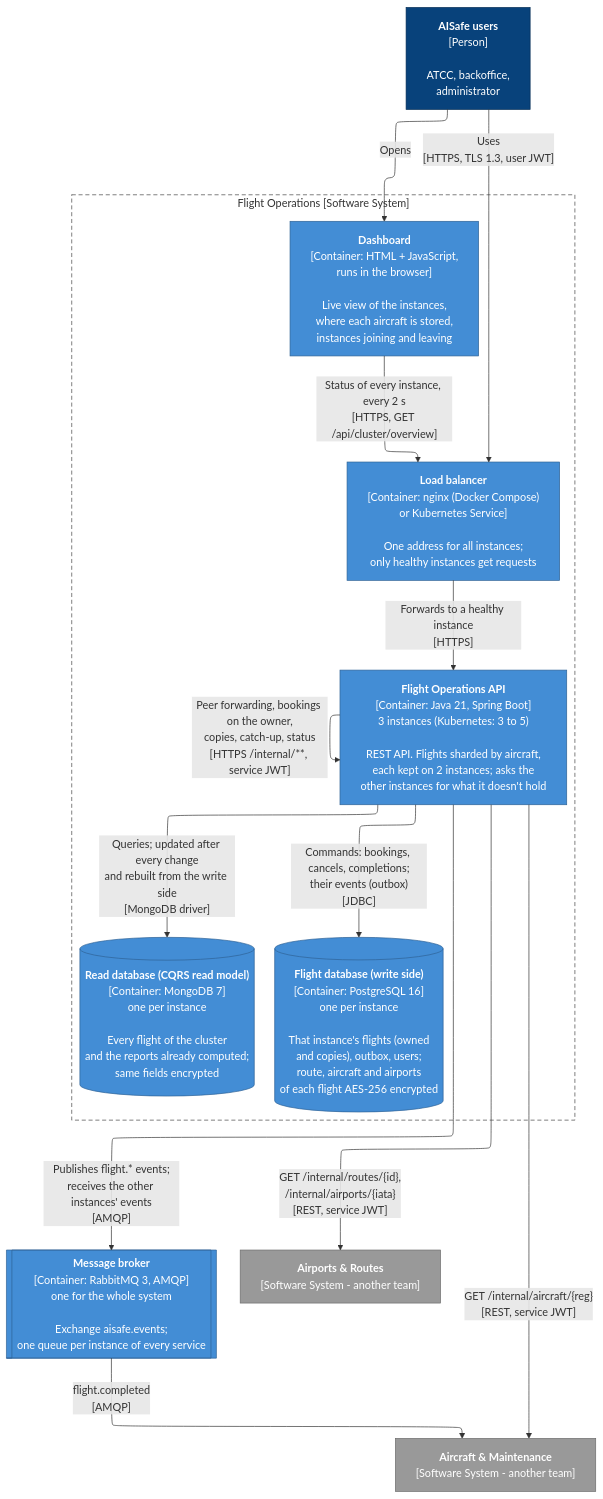
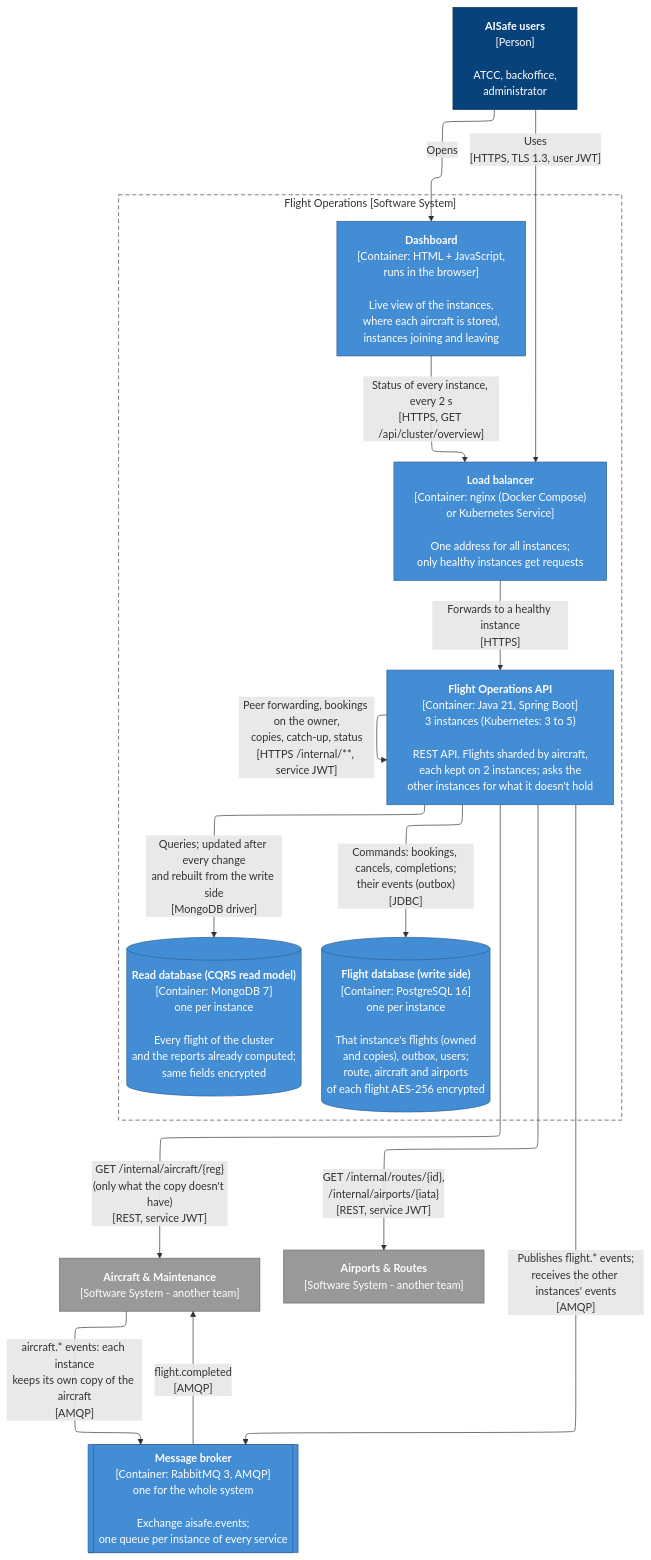
The diagram in docs/c4/2-containers.mmd (ImJay1527/flight-operations-service), drawn with Mermaid before and after one commit. The commit also changed 25 other files, not shown here.

First line of the commit message:
Aircraft events: local copy of the aircraft

```diff
--- a/docs/c4/2-containers.mmd
+++ b/docs/c4/2-containers.mmd
@@ -1,43 +1,44 @@
 ---
 config:
   layout: elk
   flowchart:
     wrappingWidth: 400
 ---
 %% C4 Level 2 - Containers of Flight Operations: the separately deployable parts and how they talk
 flowchart TB
     users["<b>AISafe users</b><br/>[Person]<br/><br/>ATCC, backoffice,<br/>administrator"]
 
     subgraph FO["Flight Operations [Software System]"]
         direction TB
         dash["<b>Dashboard</b><br/>[Container: HTML + JavaScript,<br/>runs in the browser]<br/><br/>Live view of the instances,<br/>where each aircraft is stored,<br/>instances joining and leaving"]
         lb["<b>Load balancer</b><br/>[Container: nginx (Docker Compose)<br/>or Kubernetes Service]<br/><br/>One address for all instances;<br/>only healthy instances get requests"]
         api["<b>Flight Operations API</b><br/>[Container: Java 21, Spring Boot]<br/>3 instances (Kubernetes: 3 to 5)<br/><br/>REST API. Flights sharded by aircraft,<br/>each kept on 2 instances; asks the<br/>other instances for what it doesn't hold"]
         db[("<b>Flight database (write side)</b><br/>[Container: PostgreSQL 16]<br/>one per instance<br/><br/>That instance's flights (owned<br/>and copies), outbox, users;<br/>route, aircraft and airports<br/>of each flight AES-256 encrypted")]
         rdb[("<b>Read database (CQRS read model)</b><br/>[Container: MongoDB 7]<br/>one per instance<br/><br/>Every flight of the cluster<br/>and the reports already computed;<br/>same fields encrypted")]
     end
 
     mq[["<b>Message broker</b><br/>[Container: RabbitMQ 3, AMQP]<br/>one for the whole system<br/><br/>Exchange aisafe.events;<br/>one queue per instance of every service"]]
     am["<b>Aircraft & Maintenance</b><br/>[Software System - another team]"]
     ar["<b>Airports & Routes</b><br/>[Software System - another team]"]
 
     users -->|"Uses<br/>[HTTPS, TLS 1.3, user JWT]"| lb
     users -->|"Opens"| dash
     dash -->|"Status of every instance, every 2 s<br/>[HTTPS, GET /api/cluster/overview]"| lb
     lb -->|"Forwards to a healthy instance<br/>[HTTPS]"| api
     api -->|"Commands: bookings, cancels, completions;<br/>their events (outbox)<br/>[JDBC]"| db
     api -->|"Queries; updated after every change<br/>and rebuilt from the write side<br/>[MongoDB driver]"| rdb
     api -->|"Publishes flight.* events;<br/>receives the other instances' events<br/>[AMQP]"| mq
     mq -->|"flight.completed<br/>[AMQP]"| am
+    am -->|"aircraft.* events: each instance<br/>keeps its own copy of the aircraft<br/>[AMQP]"| mq
     api -->|"Peer forwarding, bookings on the owner,<br/>copies, catch-up, status<br/>[HTTPS /internal/**, service JWT]"| api
-    api -->|"GET /internal/aircraft/{reg}<br/>[REST, service JWT]"| am
+    api -->|"GET /internal/aircraft/{reg}<br/>(only what the copy doesn't have)<br/>[REST, service JWT]"| am
     api -->|"GET /internal/routes/{id},<br/>/internal/airports/{iata}<br/>[REST, service JWT]"| ar
 
     classDef person fill:#08427b,stroke:#052e56,color:#ffffff
     classDef container fill:#438dd5,stroke:#2e6295,color:#ffffff
     classDef external fill:#999999,stroke:#6b6b6b,color:#ffffff
     class users person
     class dash,lb,api,db,rdb container
     class am,ar external
     class mq container
     style FO fill:none,stroke:#444444,stroke-dasharray:6 4
```
